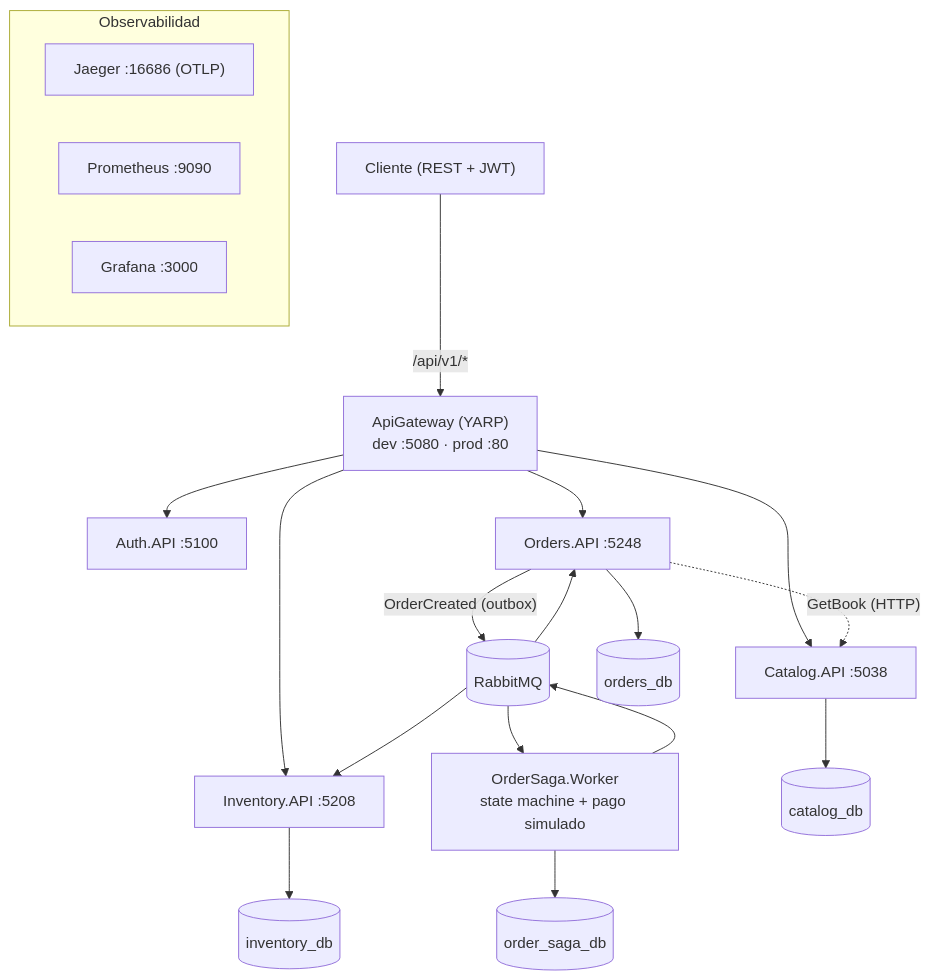
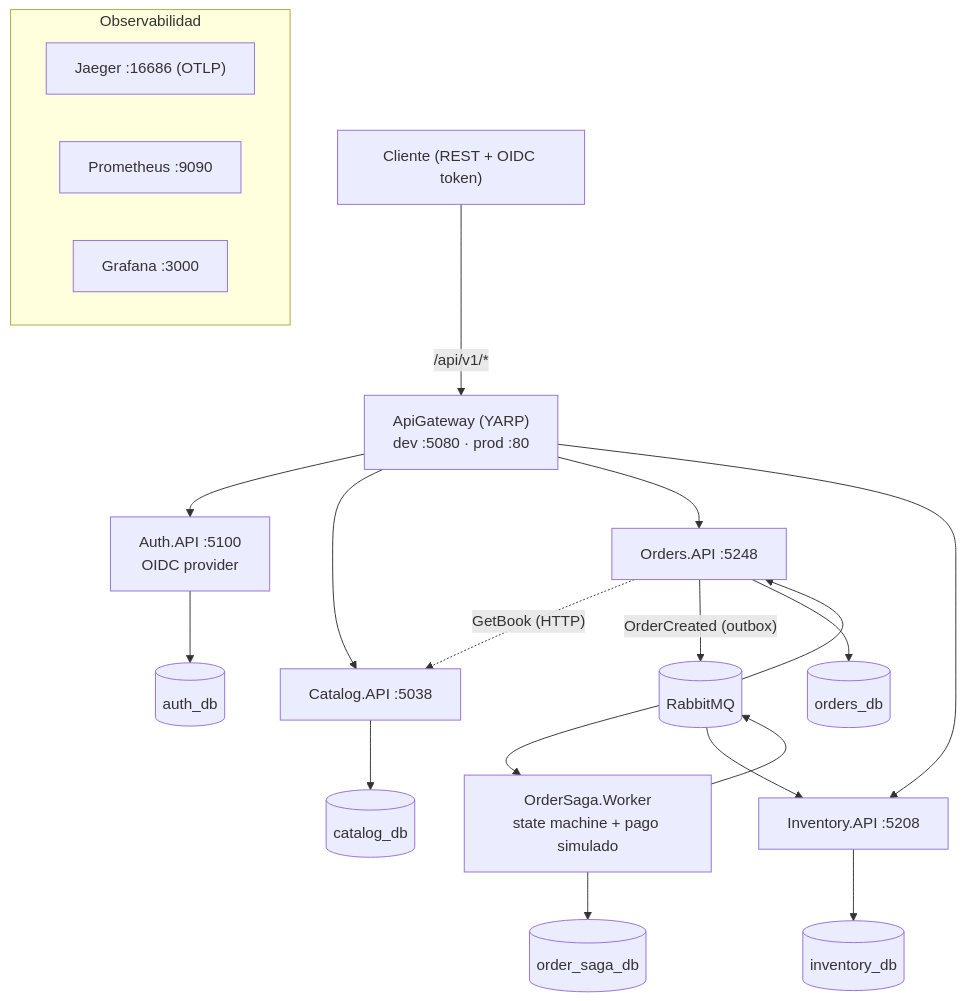
Before and after one commit to richcrd/bookstore-microservices: the diagram in README.md, drawn with Mermaid. The commit also changed other lines of this file and 6 other files, not shown here.

Commit message:
feat(auth): Change api gateway routes

````diff
--- a/README.md
+++ b/README.md
@@ -49,27 +49,28 @@
 ```mermaid
 flowchart TB
-    C["Cliente (REST + JWT)"] -->|"/api/v1/*"| GW["ApiGateway (YARP)<br/>dev :5080 · prod :80"]
-    GW --> AUTH["Auth.API :5100"]
+    C["Cliente (REST + OIDC token)"] -->|"/api/v1/*"| GW["ApiGateway (YARP)<br/>dev :5080 · prod :80"]
+    GW --> AUTH["Auth.API :5100<br/>OIDC provider"]
     GW --> CAT["Catalog.API :5038"]
     GW --> ORD["Orders.API :5248"]
     GW --> INV["Inventory.API :5208"]
 
     ORD -. "GetBook (HTTP)" .-> CAT
 
     ORD -->|"OrderCreated (outbox)"| RQ[(RabbitMQ)]
     RQ --> SAGA["OrderSaga.Worker<br/>state machine + pago simulado"]
     RQ --> ORD
     RQ --> INV
     SAGA --> RQ
 
     CAT --> PGC[("catalog_db")]
     ORD --> PGO[("orders_db")]
     INV --> PGI[("inventory_db")]
     SAGA --> PGS[("order_saga_db")]
+    AUTH --> PGA[("auth_db")]
 
     subgraph Observabilidad
         J["Jaeger :16686 (OTLP)"]
         P["Prometheus :9090"]
         G["Grafana :3000"]
     end
 ```
````
